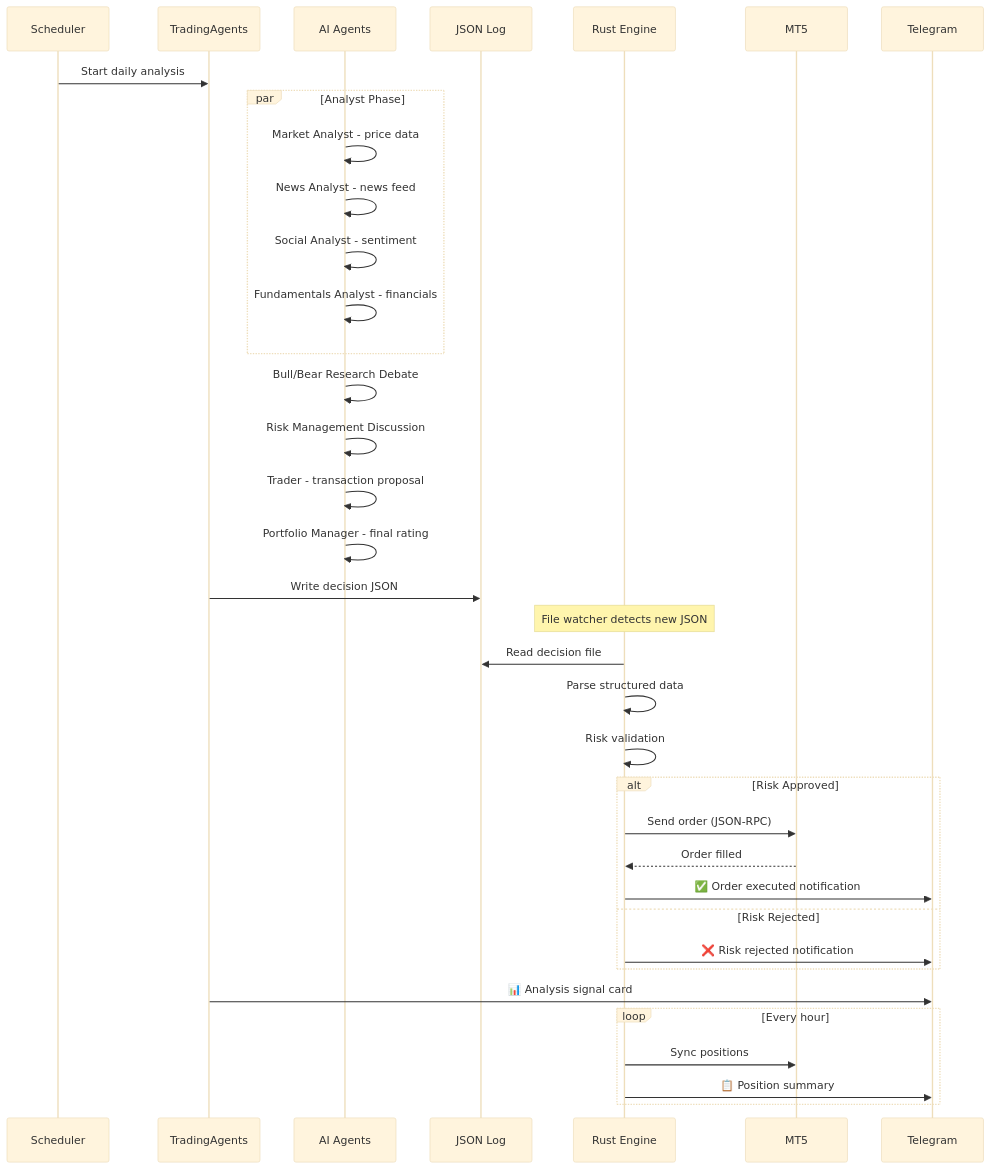
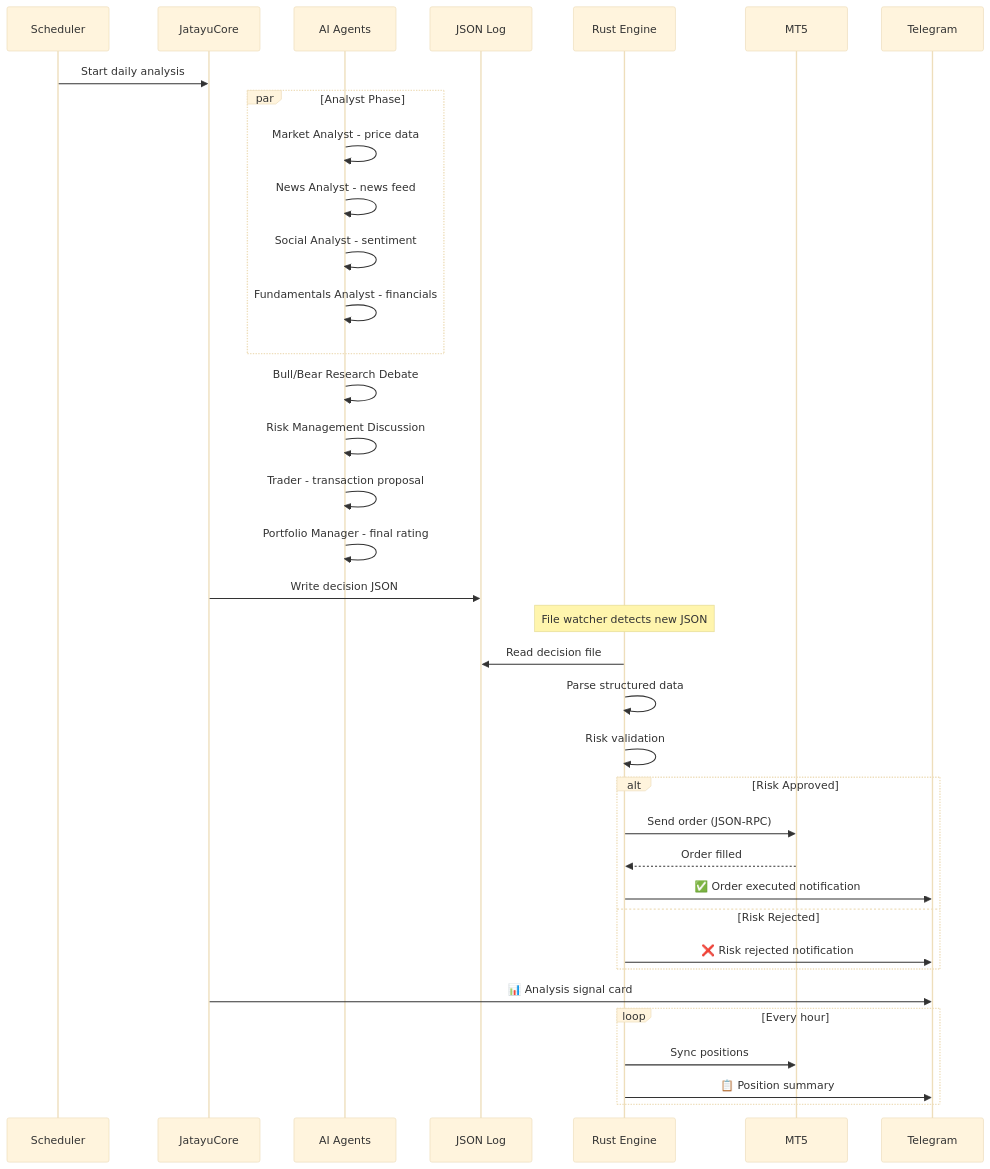
Before and after one commit to komelImoet/JatayuCore: the second of 3 diagrams in docs/architecture.md, drawn with Mermaid (base theme). The commit also changed other lines of this file and 18 other files, not shown here.

First line of the commit message:
rename: TradingAgents → JatayuCore (docs, CLI, Telegram, Docker)

````diff
--- a/docs/architecture.md
+++ b/docs/architecture.md
@@ -68,47 +68,47 @@
 ```mermaid
 sequenceDiagram
     participant S as Scheduler
-    participant TA as TradingAgents
+    participant TA as JatayuCore
     participant A as AI Agents
     participant JS as JSON Log
     participant E as Rust Engine
     participant MT as MT5
     participant TG as Telegram
 
     S->>TA: Start daily analysis
     
     par Analyst Phase
         A->>A: Market Analyst - price data
         A->>A: News Analyst - news feed
         A->>A: Social Analyst - sentiment
         A->>A: Fundamentals Analyst - financials
     end
     
     A->>A: Bull/Bear Research Debate
     A->>A: Risk Management Discussion
     A->>A: Trader - transaction proposal
     A->>A: Portfolio Manager - final rating
     
     TA->>JS: Write decision JSON
     
     Note over E: File watcher detects new JSON
     
     E->>JS: Read decision file
     E->>E: Parse structured data
     E->>E: Risk validation
     
     alt Risk Approved
         E->>MT: Send order (JSON-RPC)
         MT-->>E: Order filled
         E->>TG: ✅ Order executed notification
     else Risk Rejected
         E->>TG: ❌ Risk rejected notification
     end
     
     TA->>TG: 📊 Analysis signal card
     
     loop Every hour
         E->>MT: Sync positions
         E->>TG: 📋 Position summary
     end
 ```
````
